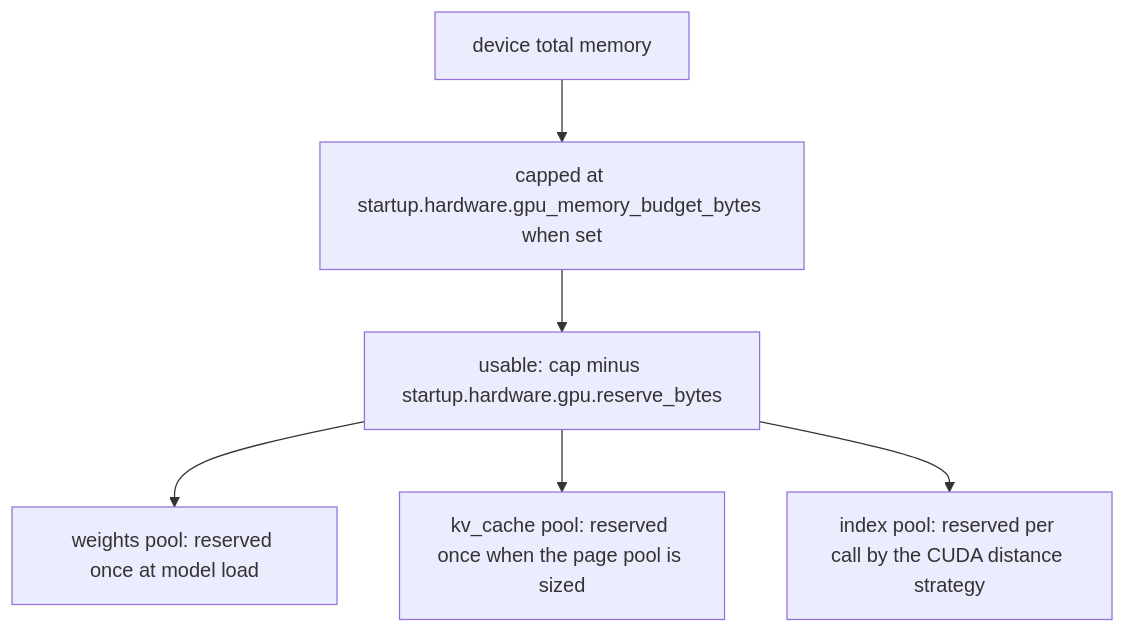
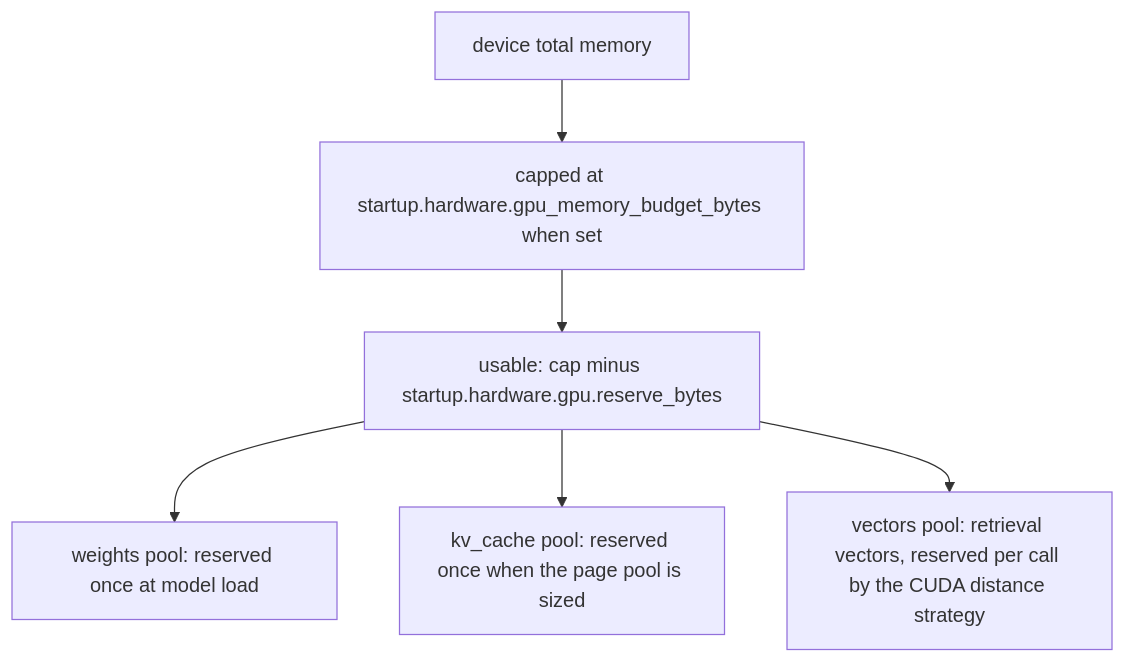
Before and after one commit to ashworks1706/piramid: the eighth of 9 diagrams in docs/ARCHITECTURE.md, drawn with Mermaid. The commit also changed other lines of this file and 13 other files, not shown here.

````diff
--- a/docs/ARCHITECTURE.md
+++ b/docs/ARCHITECTURE.md
@@ -533,8 +547,8 @@
 ```mermaid
 flowchart TD
     total["device total memory"] --> cap["capped at startup.hardware.gpu_memory_budget_bytes when set"]
     cap --> usable["usable: cap minus startup.hardware.gpu.reserve_bytes"]
     usable --> weights["weights pool: reserved once at model load"]
     usable --> kv["kv_cache pool: reserved once when the page pool is sized"]
-    usable --> index["index pool: reserved per call by the CUDA distance strategy"]
+    usable --> vectors["vectors pool: retrieval vectors, reserved per call by the CUDA distance strategy"]
 ```
````
